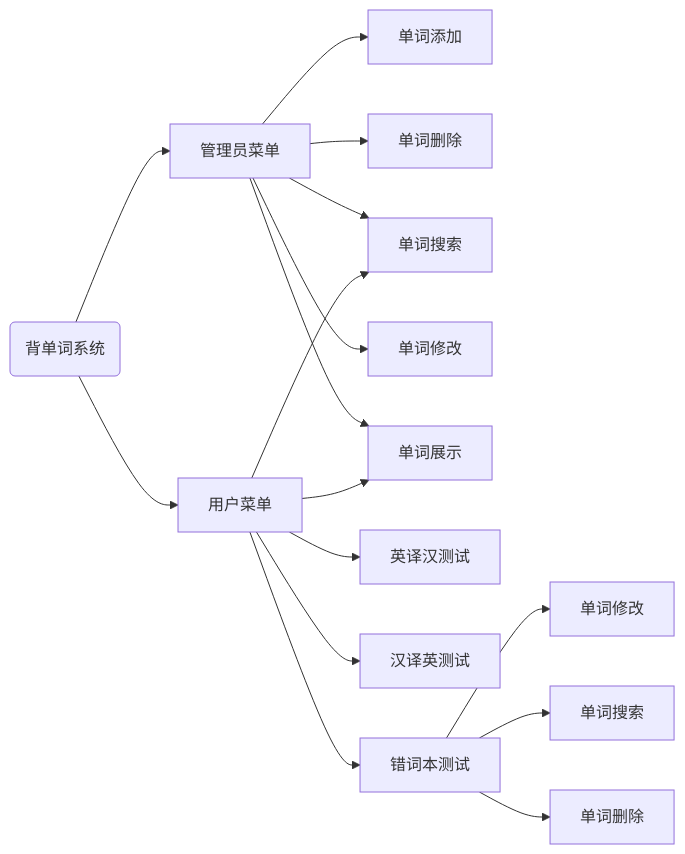
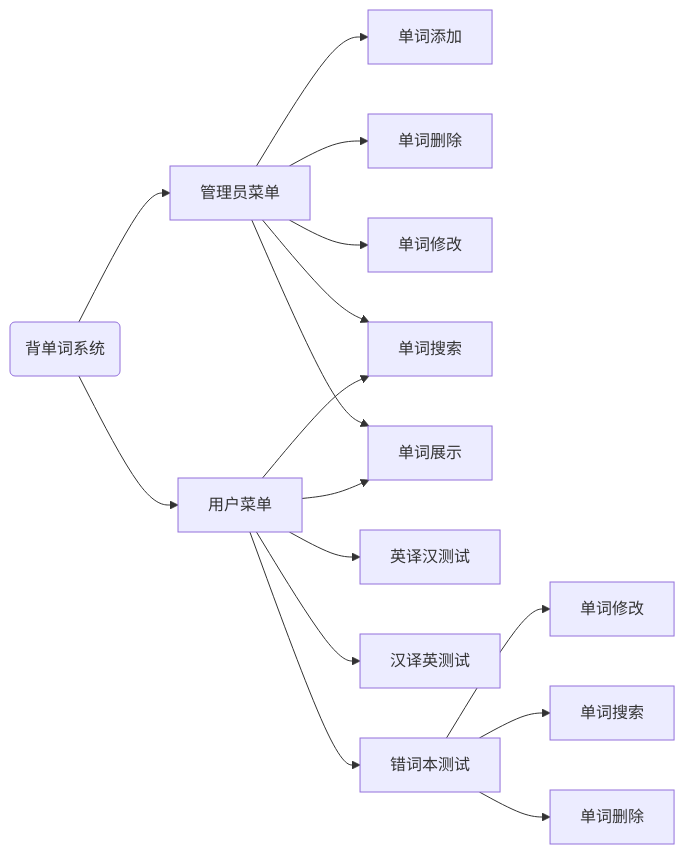
Before and after one commit to involution-base-of-njupt/everyday-vocabulary: the diagram in README.md, drawn with Mermaid. The commit also changed other lines of this file, not shown here.

````diff
--- a/README.md
+++ b/README.md
@@ -5,22 +5,22 @@
 ```mermaid
 graph LR
 
 Sys(背单词系统) --> Admin[管理员菜单]
 Sys --> User[用户菜单]
 
 Admin --> 单词添加
 Admin --> 单词删除
+Admin --> 单词修改
 Admin --> 单词搜索
-Admin --> 单词修改
 Admin --> 单词展示
 
+User --> 单词搜索
 User --> 单词展示
-User --> 单词搜索
 User --> 英译汉测试
 User --> 汉译英测试
 User --> 错词本测试
 
 错词本测试 --> e[单词修改]
 错词本测试 --> s[单词搜索]
 错词本测试 --> d[单词删除]
 ```
````
